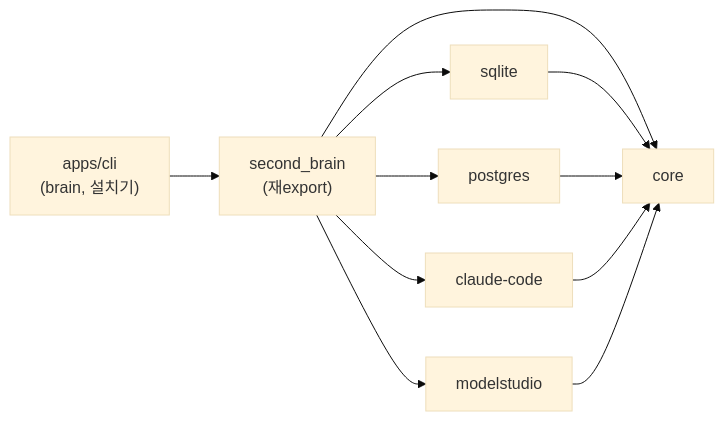
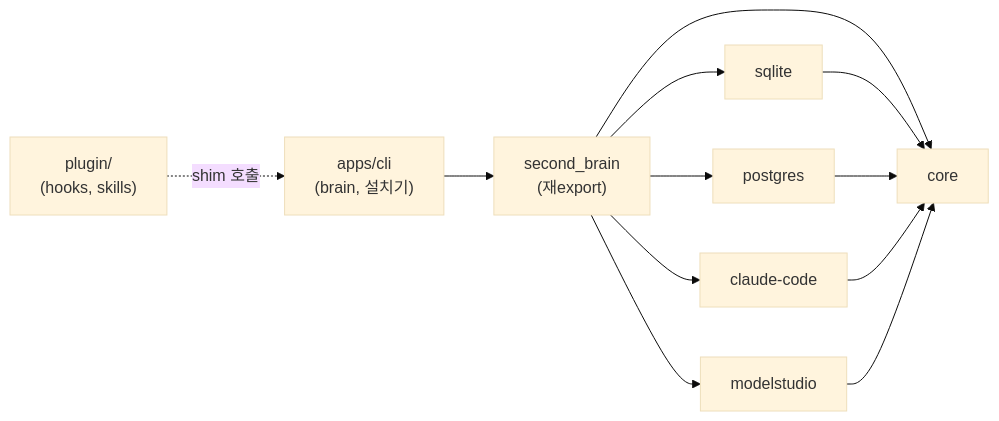
One commit to gmae199boy/second-brain changed the first of 4 diagrams in _bmad-output/personal-brain/architecture-brain-v1-slice-1/architecture-brain-v1-slice-1.md. Above: the diagram before and after it, drawn with Mermaid (base theme). The commit also changed other lines of this file and 19 other files, not shown here.

````diff
--- a/_bmad-output/personal-brain/architecture-brain-v1-slice-1/architecture-brain-v1-slice-1.md
+++ b/_bmad-output/personal-brain/architecture-brain-v1-slice-1/architecture-brain-v1-slice-1.md
@@ -32,13 +35,14 @@
 ```mermaid
 flowchart LR
   cli["apps/cli<br/>(brain, 설치기)"] --> sb["second_brain<br/>(재export)"]
+  plugin["plugin/<br/>(hooks, skills)"] -. "shim 호출" .-> cli
   sb --> core["core"]
   sb --> sq["sqlite"]
   sb --> pg["postgres"]
   sb --> cc["claude-code"]
   sb --> ms["modelstudio"]
   sq --> core
   pg --> core
   cc --> core
   ms --> core
 ```
````
